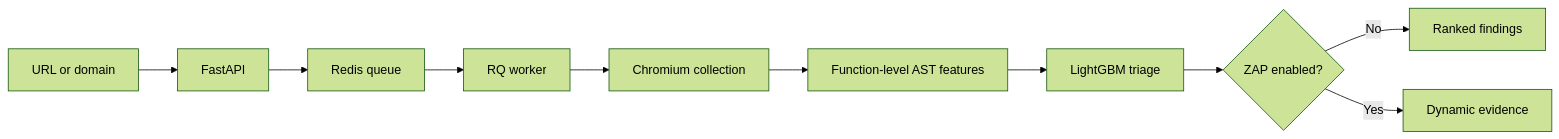
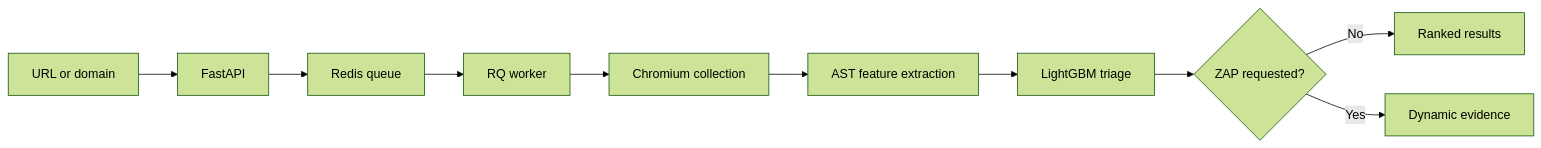
Before and after one commit to Layansabha/DOM-XSS: the diagram in README.md, drawn with Mermaid (forest theme). The commit also changed other lines of this file, not shown here.

````diff
--- a/README.md
+++ b/README.md
@@ -26,12 +35,12 @@
 ```mermaid
 flowchart LR
-    A[URL or domain] --> B[FastAPI]
-    B --> C[Redis queue]
-    C --> D[RQ worker]
-    D --> E[Chromium collection]
-    E --> F[Function-level AST features]
-    F --> G[LightGBM triage]
-    G --> H{ZAP enabled?}
-    H -- No --> I[Ranked findings]
-    H -- Yes --> J[Dynamic evidence]
+    A["URL or domain"] --> B["FastAPI"]
+    B --> C["Redis queue"]
+    C --> D["RQ worker"]
+    D --> E["Chromium collection"]
+    E --> F["AST feature extraction"]
+    F --> G["LightGBM triage"]
+    G --> H{"ZAP requested?"}
+    H -- No --> I["Ranked results"]
+    H -- Yes --> J["Dynamic evidence"]
 ```
````
